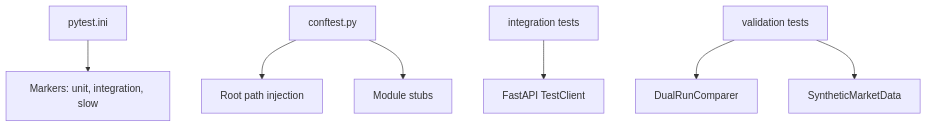
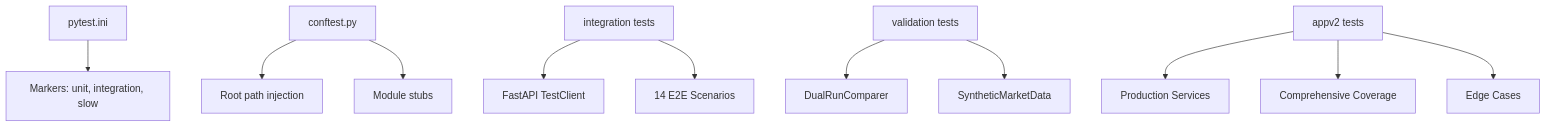
The seventh of 7 diagrams in .qoder/repowiki/en/content/Testing Strategy/Testing Strategy.md (gemrajkhatry-maker/v5-of-glassytrade-ai), drawn with Mermaid before and after one commit. The commit also changed other lines of this file and 930 other files, not shown here.

````diff
--- a/.qoder/repowiki/en/content/Testing Strategy/Testing Strategy.md
+++ b/.qoder/repowiki/en/content/Testing Strategy/Testing Strategy.md
@@ -272,9 +363,13 @@
 ```mermaid
 graph TB
 P["pytest.ini"] --> M["Markers: unit, integration, slow"]
 C["conftest.py"] --> R["Root path injection"]
 C --> S["Module stubs"]
 I["integration tests"] --> TC["FastAPI TestClient"]
+I --> E2E["14 E2E Scenarios"]
 V["validation tests"] --> DC["DualRunComparer"]
 V --> SM["SyntheticMarketData"]
+A["appv2 tests"] --> PS["Production Services"]
+A --> CC["Comprehensive Coverage"]
+A --> EC["Edge Cases"]
 ```
````
